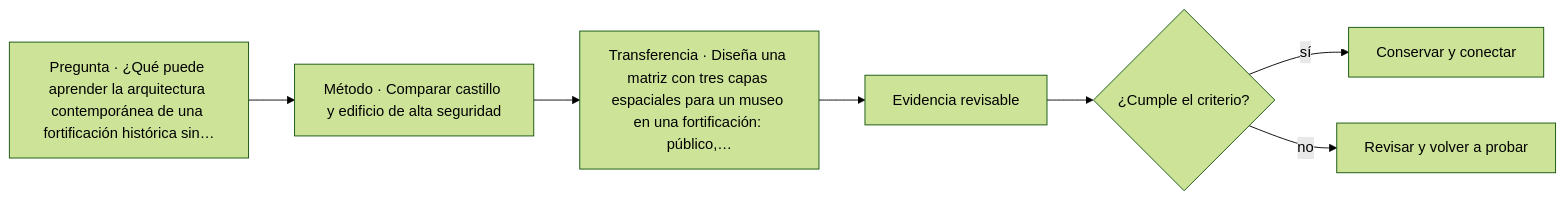
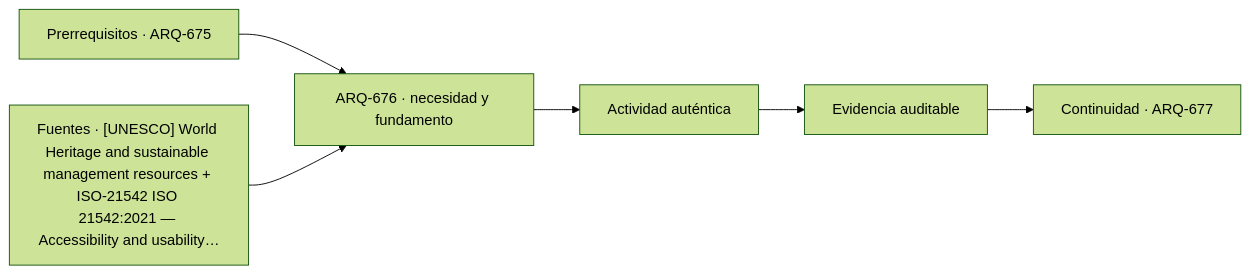
The diagram in classes/parte-68/ARQ-676.md (vladimiracunadev-create/architecture-built-environment-learning-program), drawn with Mermaid (forest theme) before and after one commit. The commit also changed other lines of this file and 761 other files, not shown here.

````diff
--- a/classes/parte-68/ARQ-676.md
+++ b/classes/parte-68/ARQ-676.md
@@ -68,9 +80,8 @@
 ```mermaid
 flowchart LR
-    Q["Pregunta · ¿Qué puede aprender la arquitectura contemporánea de una fortificación histórica sin…"] --> M["Método · Comparar castillo y edificio de alta seguridad"]
-    M --> P["Transferencia · Diseña una matriz con tres capas espaciales para un museo en una fortificación: público,…"]
-    P --> E["Evidencia revisable"]
-    E --> C{"¿Cumple el criterio?"}
-    C -->|sí| T["Conservar y conectar"]
-    C -->|no| R["Revisar y volver a probar"]
+    A["Prerrequisitos · ARQ-675"] --> B["ARQ-676 · necesidad y fundamento"]
+    S["Fuentes · [UNESCO] World Heritage and sustainable management resources + ISO-21542 ISO 21542:2021 — Accessibility and usability…"] --> B
+    B --> C["Actividad auténtica"]
+    C --> D["Evidencia auditable"]
+    D --> E["Continuidad · ARQ-677"]
 ```
````
